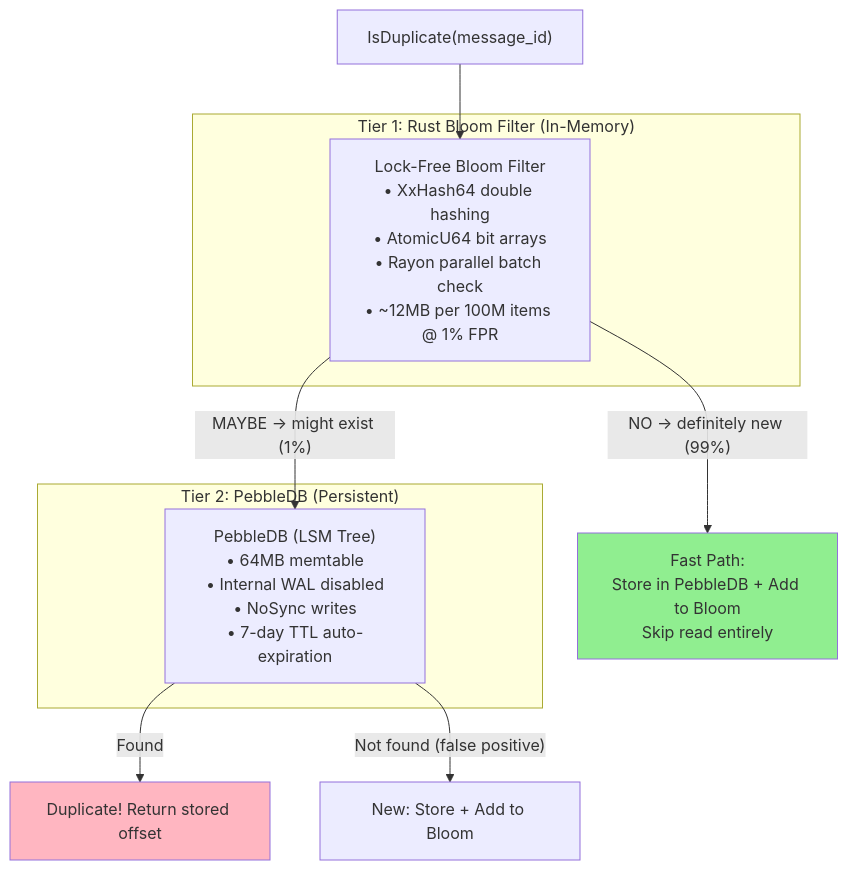
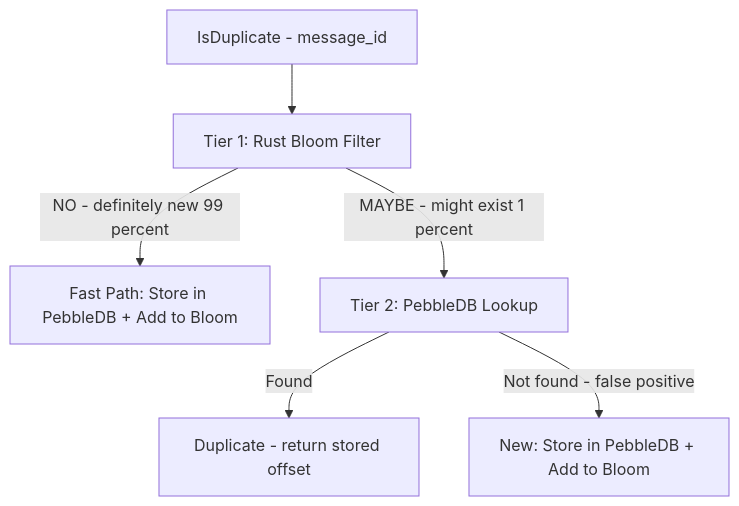
One commit to jatin711-debug/cronos_db_golang changed diagram 15 of 36 in ARCHITECTURE.md. Above: the diagram before and after it, drawn with Mermaid. The commit also changed other lines of this file, not shown here.

First line of the commit message:
docs(architecture): simplify documentation structure and improve clarity

````diff
--- a/ARCHITECTURE.md
+++ b/ARCHITECTURE.md
@@ -506,19 +484,10 @@
 ```mermaid
 graph TB
-    subgraph "Tier 1: Rust Bloom Filter (In-Memory)"
-        BF["Lock-Free Bloom Filter<br/>• XxHash64 double hashing<br/>• AtomicU64 bit arrays<br/>• Rayon parallel batch check<br/>• ~12MB per 100M items @ 1% FPR"]
-    end
+    REQ[IsDuplicate - message_id] --> BF[Tier 1: Rust Bloom Filter]
 
-    subgraph "Tier 2: PebbleDB (Persistent)"
-        PDB["PebbleDB (LSM Tree)<br/>• 64MB memtable<br/>• Internal WAL disabled<br/>• NoSync writes<br/>• 7-day TTL auto-expiration"]
-    end
+    BF -->|NO - definitely new 99 percent| FAST[Fast Path: Store in PebbleDB + Add to Bloom]
+    BF -->|MAYBE - might exist 1 percent| PDB[Tier 2: PebbleDB Lookup]
 
-    REQ["IsDuplicate(message_id)"] --> BF
-    BF -->|"NO → definitely new (99%)"| FAST["Fast Path:<br/>Store in PebbleDB + Add to Bloom<br/>Skip read entirely"]
-    BF -->|"MAYBE → might exist (1%)"| PDB
-    PDB -->|"Found"| DUP["Duplicate! Return stored offset"]
-    PDB -->|"Not found (false positive)"| NEW["New: Store + Add to Bloom"]
-
-    style FAST fill:#90EE90
-    style DUP fill:#FFB6C1
+    PDB -->|Found| DUP[Duplicate - return stored offset]
+    PDB -->|Not found - false positive| NEW[New: Store in PebbleDB + Add to Bloom]
 ```
````
